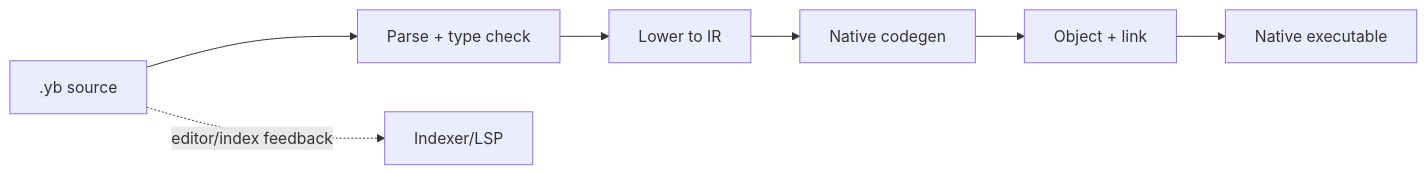
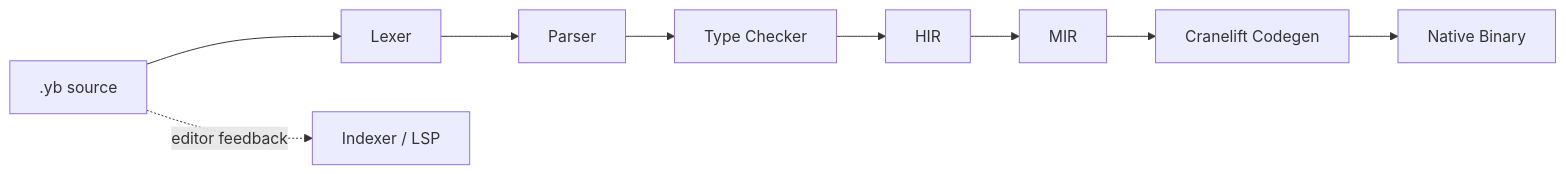
One commit to skhan75/Vibelang changed the diagram in README.md. Above: the diagram before and after it, drawn with Mermaid. The commit also changed other lines of this file and 3 other files, not shown here.

````diff
--- a/README.md
+++ b/README.md
@@ -265,9 +301,11 @@
 ```mermaid
 flowchart LR
-  A[".yb source"] --> B["Parse + type check"]
-  B --> C["Lower to IR"]
-  C --> D["Native codegen"]
-  D --> E["Object + link"]
-  E --> F["Native executable"]
-  A -. "editor/index feedback" .-> G["Indexer/LSP"]
+  A[".yb source"] --> B["Lexer"]
+  B --> C["Parser"]
+  C --> D["Type Checker"]
+  D --> E["HIR"]
+  E --> F["MIR"]
+  F --> G["Cranelift Codegen"]
+  G --> H["Native Binary"]
+  A -. "editor feedback" .-> I["Indexer / LSP"]
 ```
````
